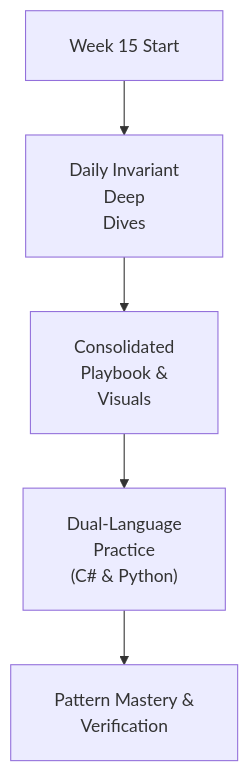
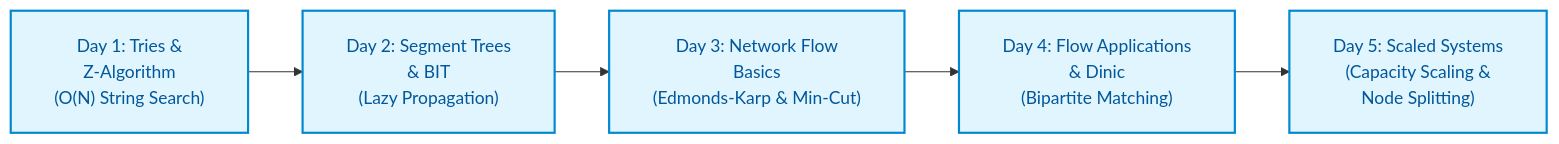
One commit to dip4k/DSA_102 changed the diagram in week_15_advanced_strings_flow/README.md. Above: the diagram before and after it, drawn with Mermaid. The commit also changed other lines of this file and 147 other files, not shown here.

First line of the commit message:
feat(curriculum): enrich Weeks 01-19 instructional modules & resolve repository-wide Mermaid cutoff

````diff
--- a/week_15_advanced_strings_flow/README.md
+++ b/week_15_advanced_strings_flow/README.md
@@ -16,8 +13,12 @@
 ```mermaid
 %%{init: {"flowchart": {"htmlLabels": true, "padding": 20}, "themeCSS": "foreignObject { overflow: visible !important; }"}}%%
-flowchart TD
-    Start["Week 15 Start"] --> Daily["Daily Invariant<br/>Deep<br/>Dives"]
-    Daily --> Playbook["Consolidated<br/>Playbook &<br/>Visuals"]
-    Playbook --> DualLang["Dual-Language<br/>Practice<br/>(C# & Python)"]
-    DualLang --> Mastery["Pattern Mastery &<br/>Verification"]
+flowchart LR
+    D1["Day 1: Tries &<br/>Z-Algorithm<br/>(O(N) String Search)"] --> D2["Day 2: Segment Trees<br/>& BIT<br/>(Lazy Propagation)"]
+    D2 --> D3["Day 3: Network Flow<br/>Basics<br/>(Edmonds-Karp & Min-Cut)"]
+    D3 --> D4["Day 4: Flow Applications<br/>& Dinic<br/>(Bipartite Matching)"]
+    D4 --> D5["Day 5: Scaled Systems<br/>(Capacity Scaling &<br/>Node Splitting)"]
+
+    classDef default fill:#f8f9fa,stroke:#37474f,stroke-width:2px,color:#263238
+    classDef dayNode fill:#e1f5fe,stroke:#0288d1,stroke-width:2px,color:#01579b
+    class D1,D2,D3,D4,D5 dayNode
 ```
````
